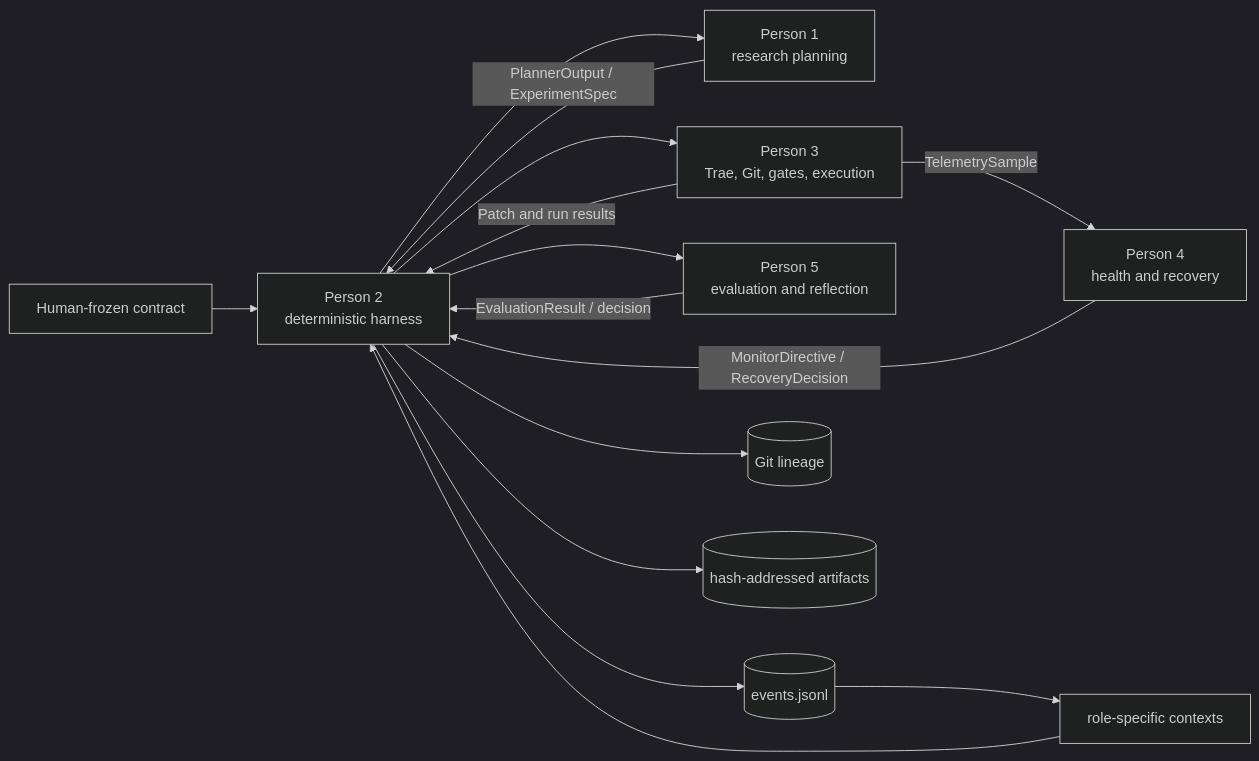
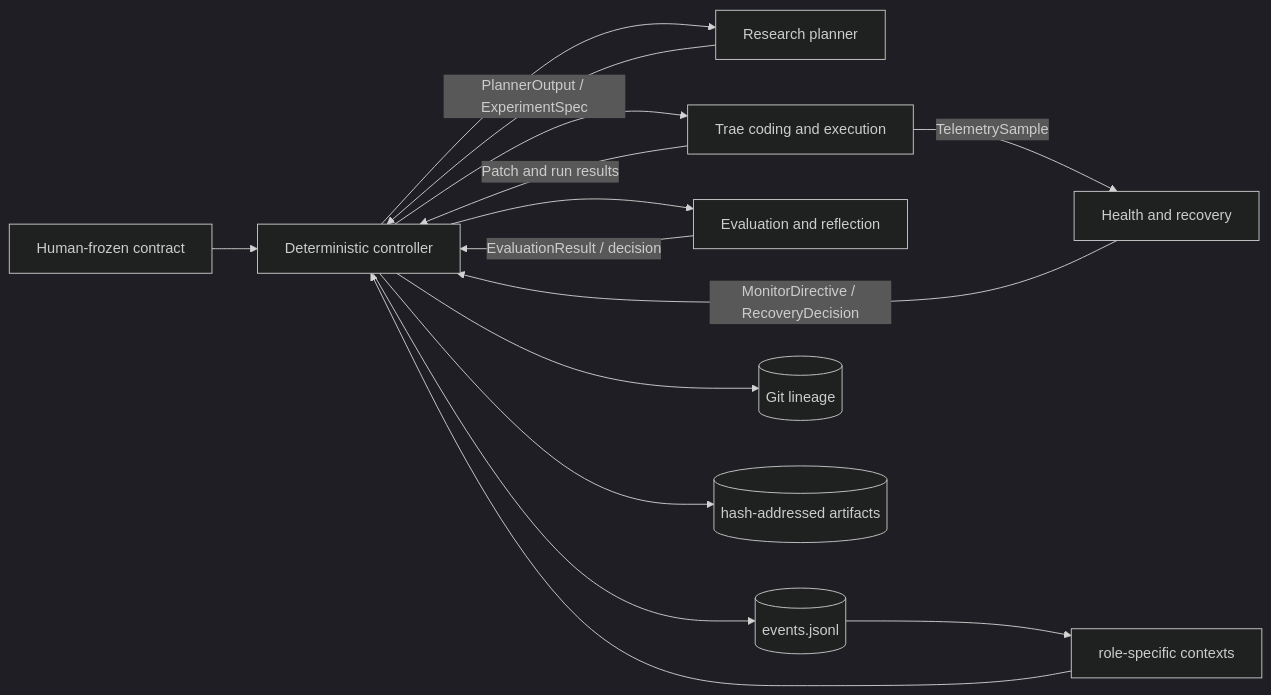
One commit to JellyPenguinnn/tacorank changed the diagram in README.md. Above: the diagram before and after it, drawn with Mermaid (dark theme). The commit also changed other lines of this file and 1 other file, not shown here.

````diff
--- a/README.md
+++ b/README.md
@@ -11,17 +52,17 @@
 ```mermaid
 flowchart LR
-    H[Human-frozen contract] --> O[Person 2<br/>deterministic harness]
-    O --> P1[Person 1<br/>research planning]
+    H[Human-frozen contract] --> O[Deterministic controller]
+    O --> P1[Research planner]
     P1 -->|PlannerOutput / ExperimentSpec| O
-    O --> P3[Person 3<br/>Trae, Git, gates, execution]
-    P3 -->|TelemetrySample| P4[Person 4<br/>health and recovery]
+    O --> P3[Trae coding and execution]
+    P3 -->|TelemetrySample| P4[Health and recovery]
     P4 -->|MonitorDirective / RecoveryDecision| O
     P3 -->|Patch and run results| O
-    O --> P5[Person 5<br/>evaluation and reflection]
+    O --> P5[Evaluation and reflection]
     P5 -->|EvaluationResult / decision| O
     O --> E[(events.jsonl)]
     O --> G[(Git lineage)]
     O --> A[(hash-addressed artifacts)]
     E --> C[role-specific contexts]
     C --> O
 ```
````
